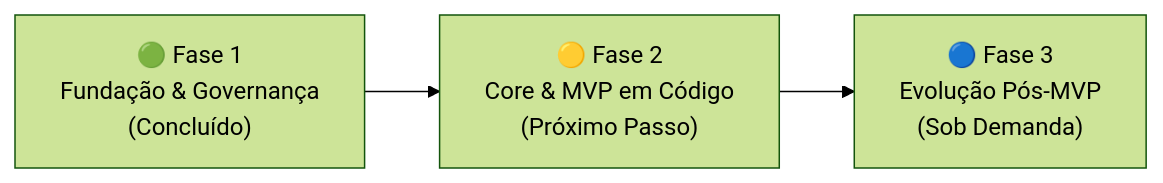
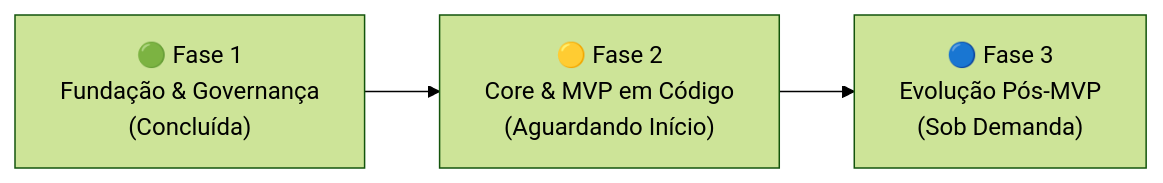
The diagram in docs/03-project-roadmap.md (heviane/institutional-website-template), drawn with Mermaid (forest theme) before and after one commit. The commit also changed other lines of this file and 2 other files, not shown here.

Commit message:
docs: uniformizar status do projeto como Fase 1 Concluida e Fase 2 Aguardando Inicio

````diff
--- a/docs/03-project-roadmap.md
+++ b/docs/03-project-roadmap.md
@@ -9,5 +9,5 @@
 ```mermaid
 flowchart LR
-    A["🟢 Fase 1<br/>Fundação & Governança<br/>(Concluído)"] --> B["🟡 Fase 2<br/>Core & MVP em Código<br/>(Próximo Passo)"]
+    A["🟢 Fase 1<br/>Fundação & Governança<br/>(Concluída)"] --> B["🟡 Fase 2<br/>Core & MVP em Código<br/>(Aguardando Início)"]
     B --> C["🔵 Fase 3<br/>Evolução Pós-MVP<br/>(Sob Demanda)"]
 ```
````
